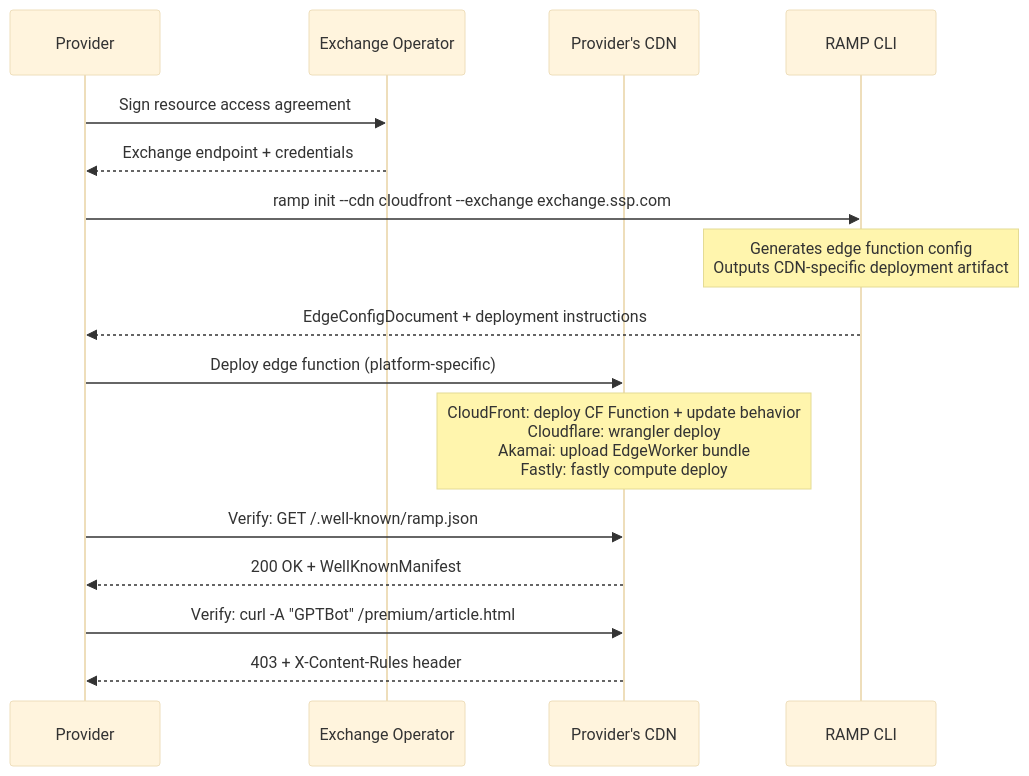
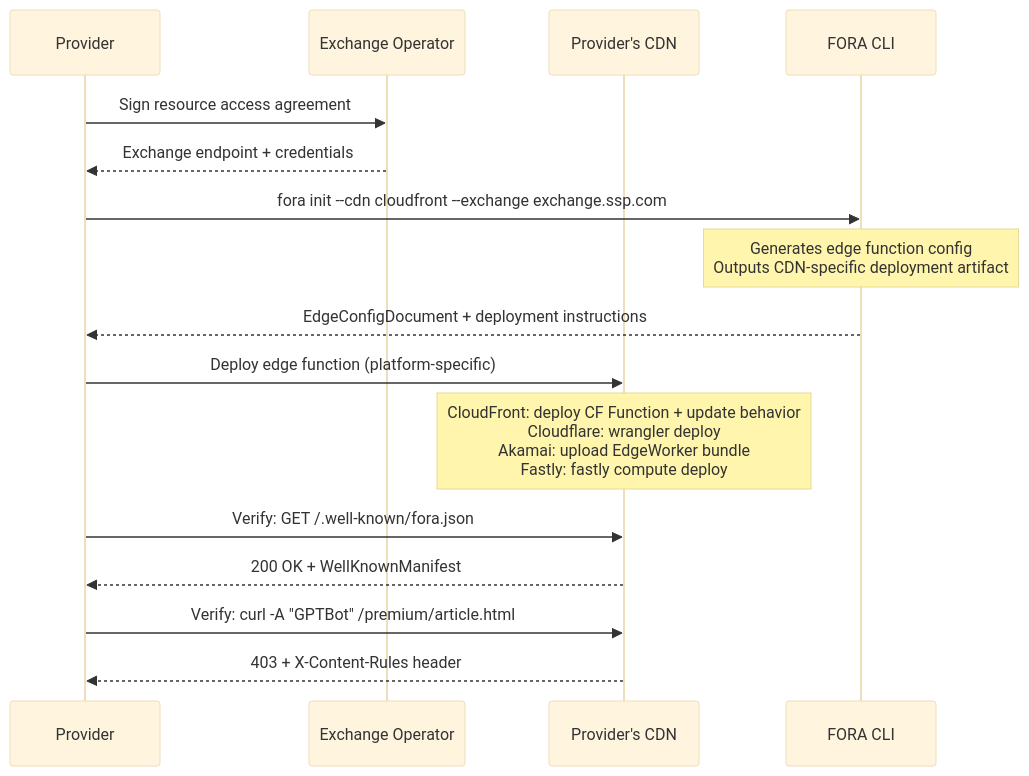
The first of 3 diagrams in website/src/content/docs/components/edge-function/deployment.mdx (FORA-Protocol/protocol), drawn with Mermaid (base theme) before and after one commit. The commit also changed other lines of this file and 529 other files, not shown here.

First line of the commit message:
Rename the protocol from RAMP to FORA

````diff
--- a/website/src/content/docs/components/edge-function/deployment.mdx
+++ b/website/src/content/docs/components/edge-function/deployment.mdx
@@ -10,24 +10,24 @@
 ```mermaid
 sequenceDiagram
     participant Provider as Provider
     participant MO as Exchange Operator
     participant CDN as Provider's CDN
-    participant RAMP as RAMP CLI
+    participant FORA as FORA CLI
 
     Provider->>MO: Sign resource access agreement
     MO-->>Provider: Exchange endpoint + credentials
 
-    Provider->>RAMP: ramp init --cdn cloudfront --exchange exchange.ssp.com
-    Note over RAMP: Generates edge function config<br/>Outputs CDN-specific deployment artifact
+    Provider->>FORA: fora init --cdn cloudfront --exchange exchange.ssp.com
+    Note over FORA: Generates edge function config<br/>Outputs CDN-specific deployment artifact
 
-    RAMP-->>Provider: EdgeConfigDocument + deployment instructions
+    FORA-->>Provider: EdgeConfigDocument + deployment instructions
 
     Provider->>CDN: Deploy edge function (platform-specific)
     Note over CDN: CloudFront: deploy CF Function + update behavior<br/>Cloudflare: wrangler deploy<br/>Akamai: upload EdgeWorker bundle<br/>Fastly: fastly compute deploy
 
-    Provider->>CDN: Verify: GET /.well-known/ramp.json
+    Provider->>CDN: Verify: GET /.well-known/fora.json
     CDN-->>Provider: 200 OK + WellKnownManifest
 
     Provider->>CDN: Verify: curl -A "GPTBot" /premium/article.html
     CDN-->>Provider: 403 + X-Content-Rules header
 ```
````
